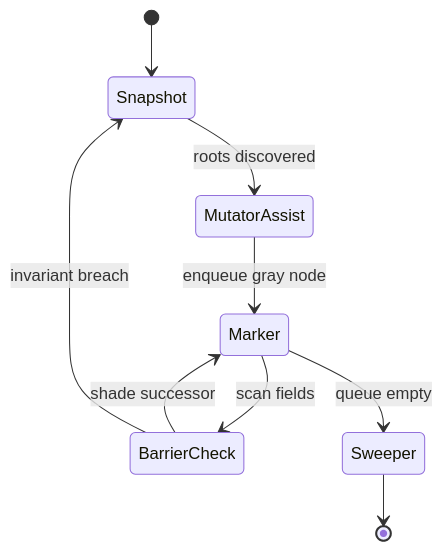
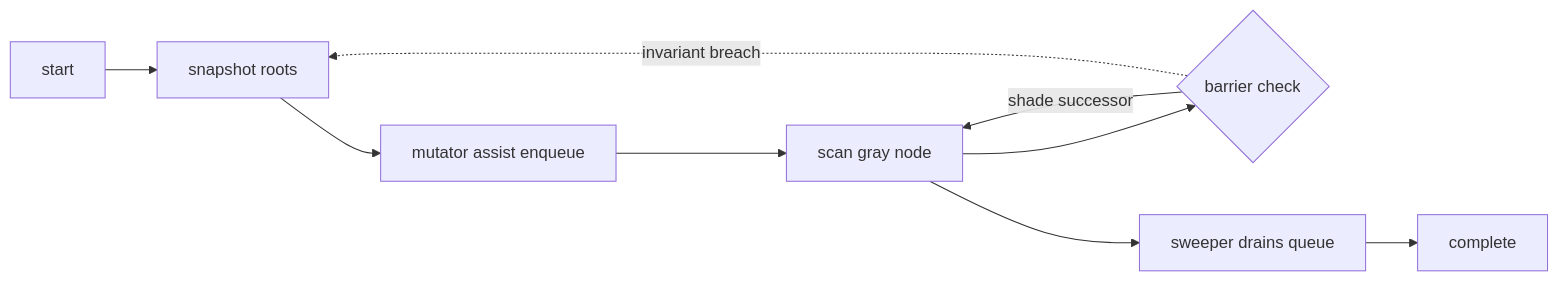
The second of 2 diagrams in content/thoughts/Tracing garbage collection.md (aarnphm/aarnphm.github.io), drawn with Mermaid before and after one commit. The commit also changed other lines of this file and 19 other files, not shown here.

````diff
--- a/content/thoughts/Tracing garbage collection.md
+++ b/content/thoughts/Tracing garbage collection.md
@@ -56,11 +58,11 @@
 ```mermaid
-stateDiagram-v2
-    [*] --> Snapshot
-    Snapshot --> MutatorAssist: roots discovered
-    MutatorAssist --> Marker: enqueue gray node
-    Marker --> BarrierCheck: scan fields
-    BarrierCheck --> Marker: shade successor
-    BarrierCheck --> Snapshot: invariant breach
-    Marker --> Sweeper: queue empty
-    Sweeper --> [*]
+flowchart LR
+    snapshot[start] --> Snapshot[snapshot roots]
+    Snapshot --> MutatorAssist[mutator assist enqueue]
+    MutatorAssist --> Marker[scan gray node]
+    Marker --> BarrierCheck{barrier check}
+    BarrierCheck -->|shade successor| Marker
+    BarrierCheck -.invariant breach.-> Snapshot
+    Marker --> Sweeper[sweeper drains queue]
+    Sweeper --> collection[complete]
 ```
````
